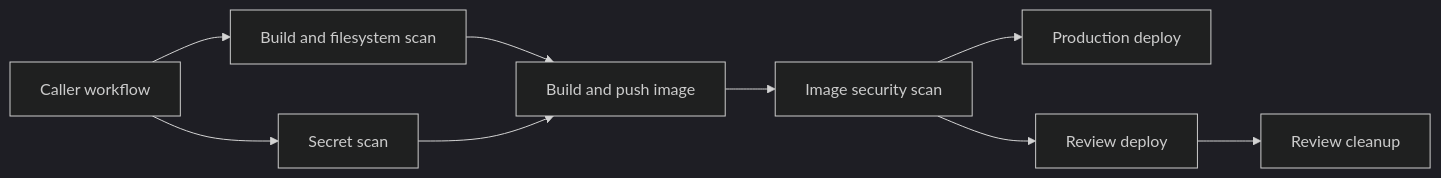
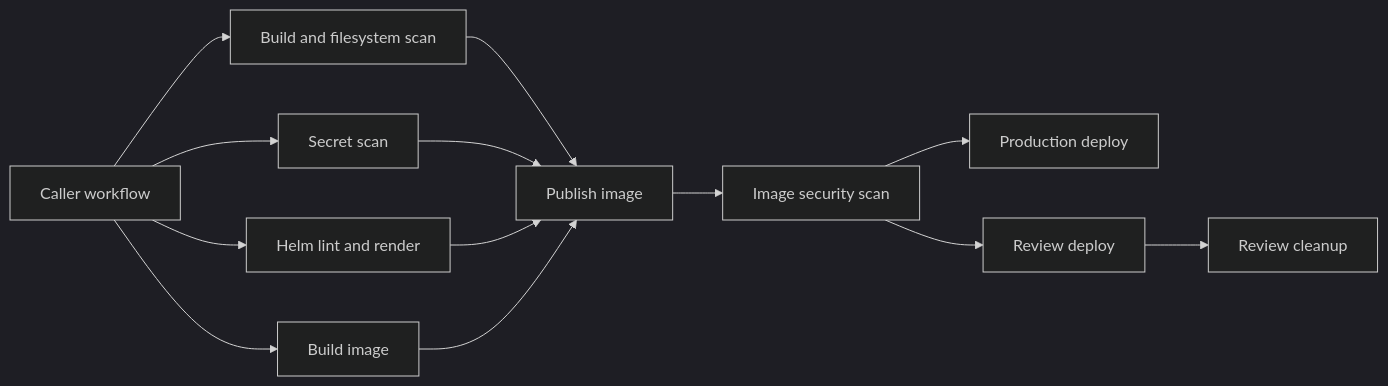
Before and after one commit to yongchenglow/ci-workflows: the diagram in README.md, drawn with Mermaid (dark theme). The commit also changed other lines of this file and 8 other files, not shown here.

First line of the commit message:
feat: add helm lint, bun version action, and declared secrets (#3)

````diff
--- a/README.md
+++ b/README.md
@@ -13,11 +13,15 @@
 ```mermaid
 flowchart LR
     Caller[Caller workflow] --> Secrets[Secret scan]
     Caller --> Build[Build and filesystem scan]
-    Build --> Image[Build and push image]
-    Secrets --> Image
-    Image --> Scan[Image security scan]
+    Caller --> Helm[Helm lint and render]
+    Caller --> Image[Build image]
+    Build --> Publish[Publish image]
+    Secrets --> Publish
+    Helm --> Publish
+    Image --> Publish
+    Publish --> Scan[Image security scan]
     Scan --> Production[Production deploy]
     Scan --> Review[Review deploy]
     Review --> Cleanup[Review cleanup]
 ```
````
